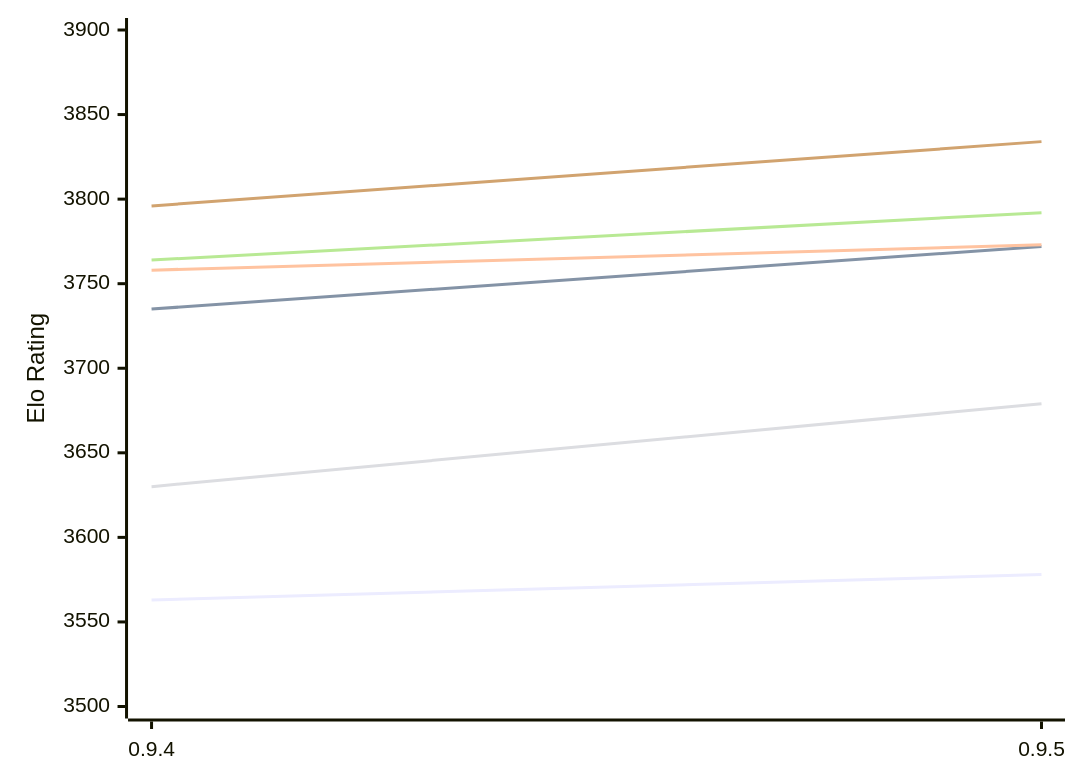
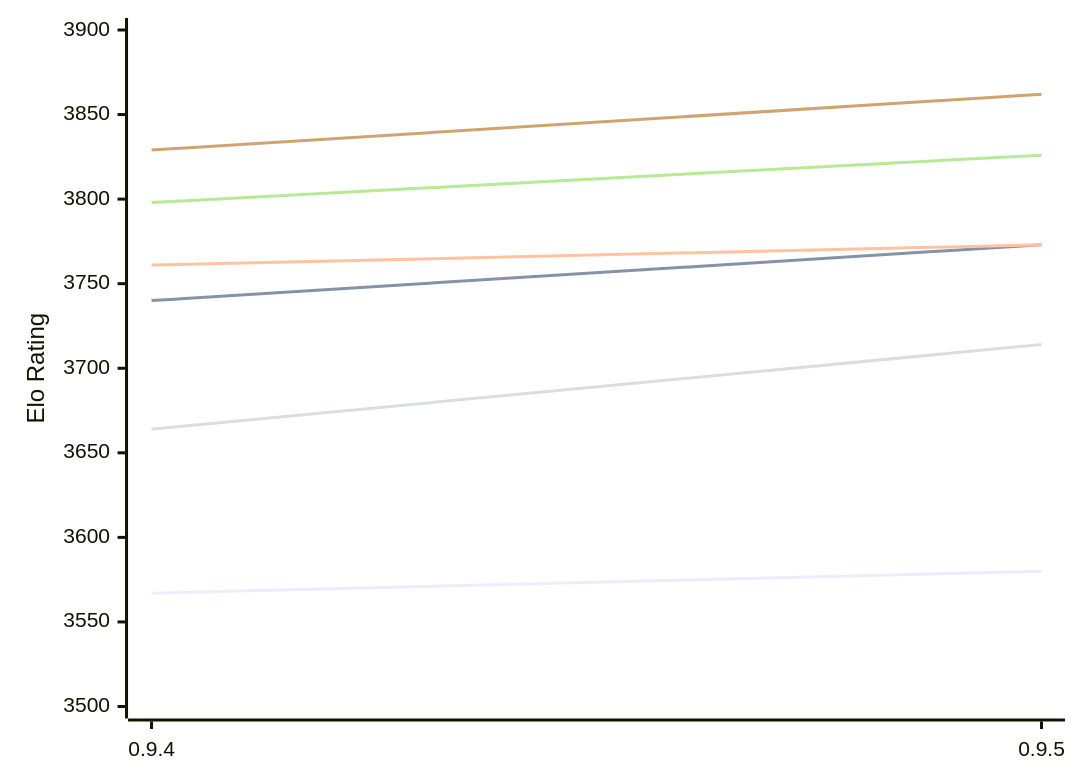
Before and after one commit to computer-chess-index/cci: the first of 2 diagrams in engines/Coda.md, drawn with Mermaid. The commit also changed other lines of this file, not shown here.

Commit message:
Update CCI Ratings (ELO VLTC) - 2026-11-01

````diff
--- a/engines/Coda.md
+++ b/engines/Coda.md
@@ -52,12 +52,12 @@
 ```mermaid
 %%{init: {"theme":"base","themeVariables":{"seriesColors:['#a3a3a3','#222221','#faa371']}}}%%
 xychart-beta
   x-axis ["0.9.4", "0.9.5"]
   y-axis "Elo Rating" 3500 --> 3900
-  line "E1: STC (8.0+0.08s)" [3563, 3578]
-  line "E1: LTC (60.0+0.60s)" [3735, 3772]
-  line "E1: VLTC (2m24s+1.12s)" [3758, 3773]
-  line "P1: STC (8.0+0.08s)" [3630, 3679]
-  line "P1: LTC (60.0+0.60s)" [3764, 3792]
-  line "P1: VLTC (2m24s+1.12s)" [3796, 3834]
+  line "E1: STC (8.0+0.08s)" [3567, 3580]
+  line "E1: LTC (60.0+0.60s)" [3740, 3773]
+  line "E1: VLTC (2m24s+1.12s)" [3761, 3773]
+  line "P1: STC (8.0+0.08s)" [3664, 3714]
+  line "P1: LTC (60.0+0.60s)" [3798, 3826]
+  line "P1: VLTC (2m24s+1.12s)" [3829, 3862]
 ```
````
